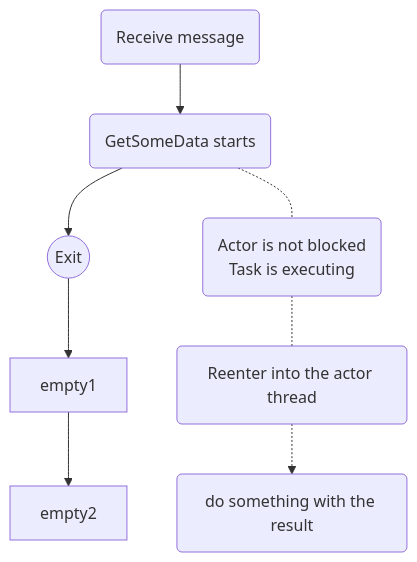
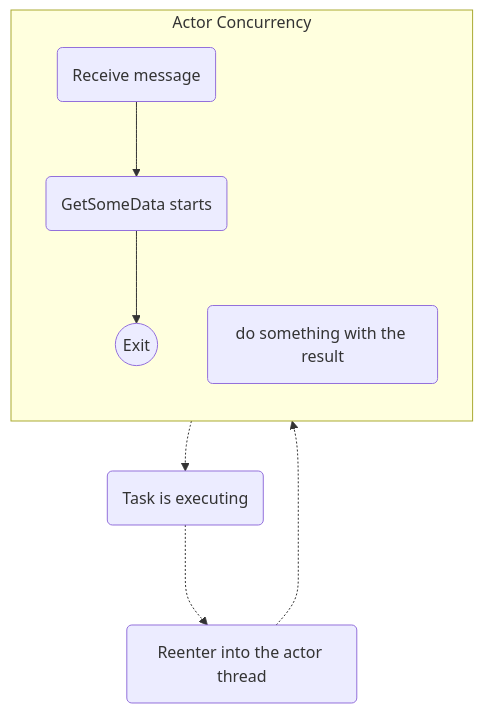
Before and after one commit to asynkron/protoactor-website: the second of 2 diagrams in hugo/content/docs/reenter.md, drawn with Mermaid. The commit also changed other lines of this file, not shown here.

````diff
--- a/hugo/content/docs/reenter.md
+++ b/hugo/content/docs/reenter.md
@@ -70,16 +73,24 @@
 ```mermaid
     graph TB
     receive(Receive message)
     start(GetSomeData starts)
     await(Reenter into the actor thread)
-    blocked(Actor is not blocked<br>Task is executing)
+    blocked(Task is executing)
     class blocked green
     rest(do something with the result)
     exit((Exit))
     class exit gray
 
-receive --> start --> exit --> empty1 --> empty2
-start -.- blocked -.- await -.-> rest
+
+subgraph Actor Concurrency
+    direction TB
+    receive --> start --> exit
+    rest
+end
+
+blocked -..-> await
+start -.-> blocked
+await -.-> rest
 
 
 ```
````
